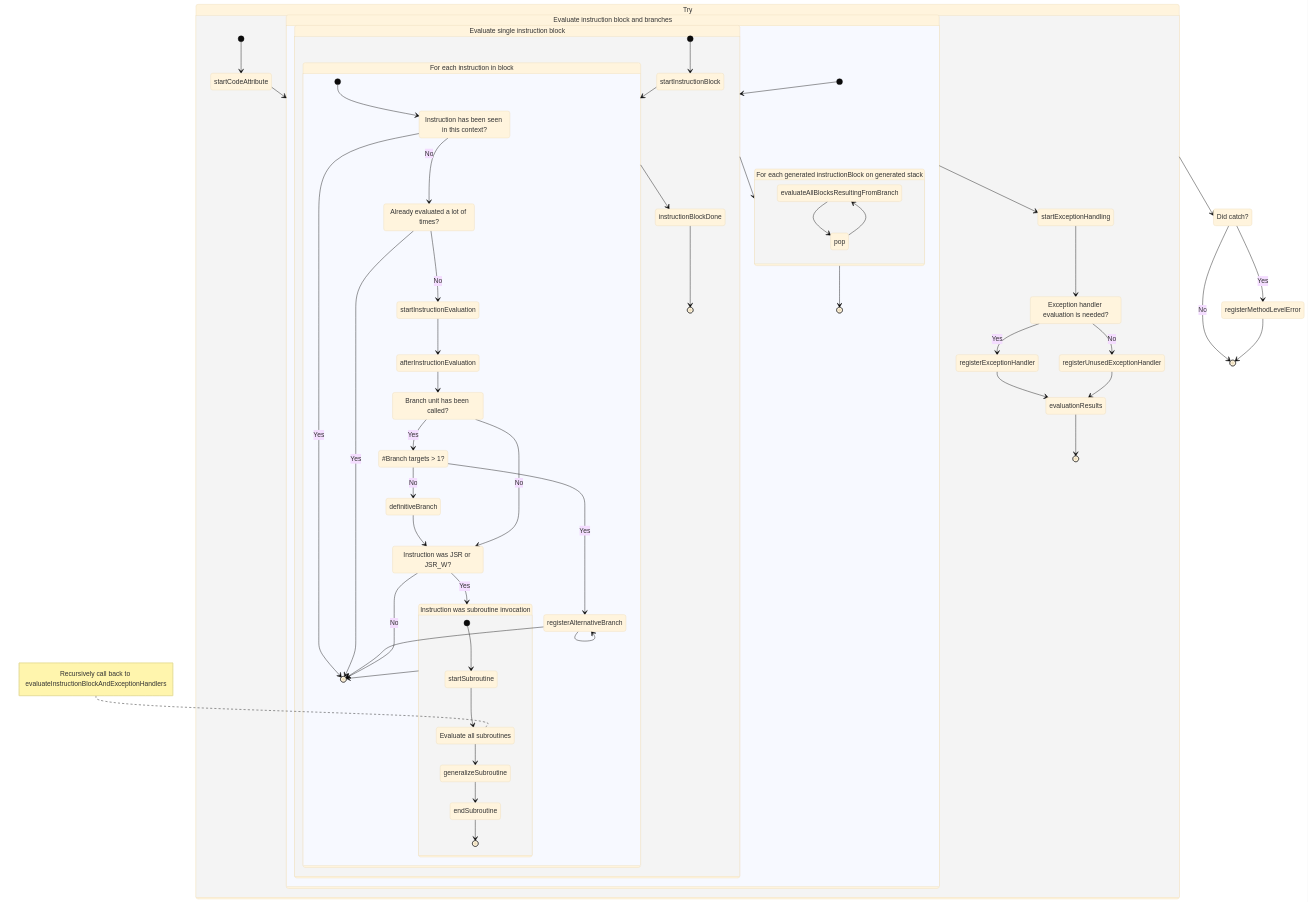
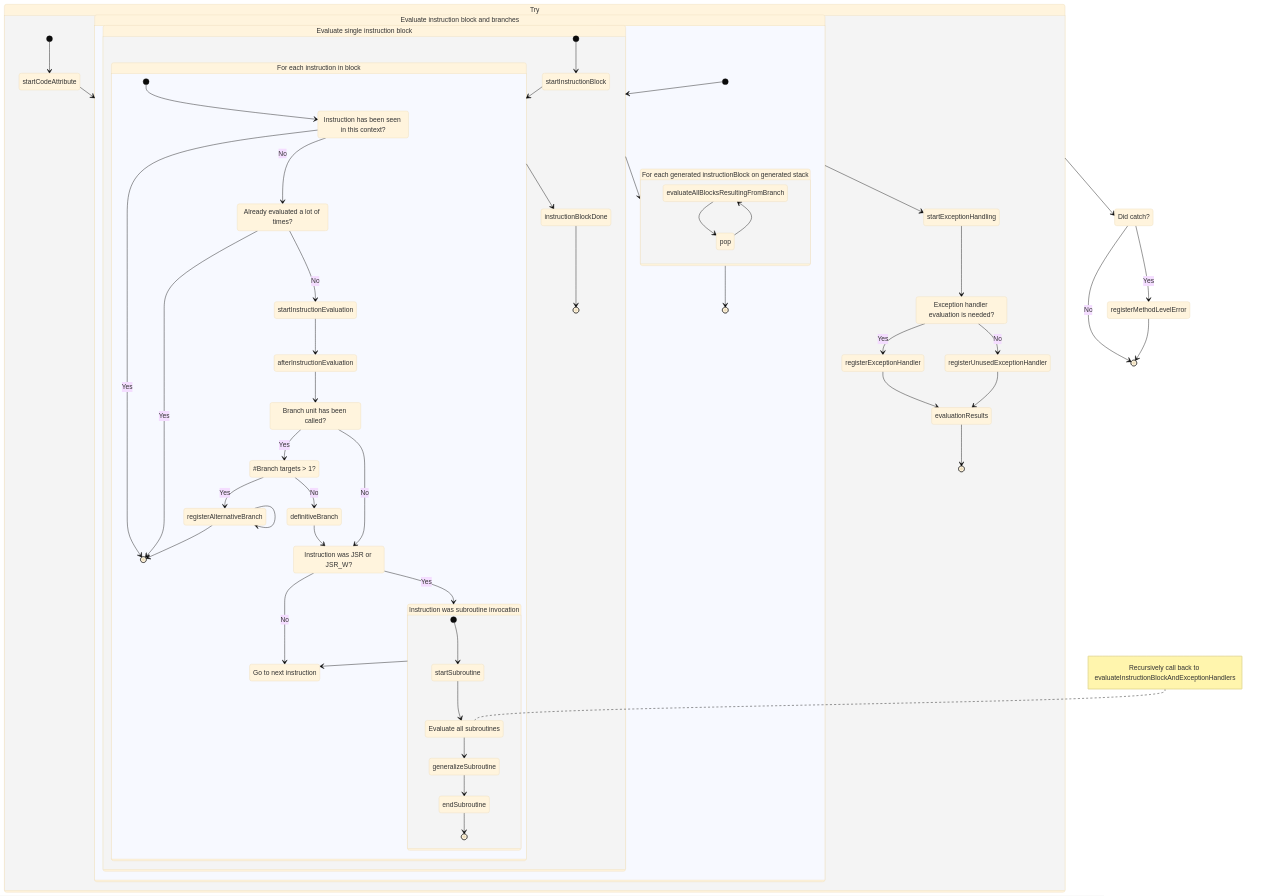
One commit to Guardsquare/proguard-core changed the diagram in docs/md/partialevaluator.md. Above: the diagram before and after it, drawn with Mermaid (base theme). The commit also changed 1 other file, not shown here.

Commit message:
docs: change graph some more

````diff
--- a/docs/md/partialevaluator.md
+++ b/docs/md/partialevaluator.md
@@ -517,76 +517,77 @@
 ```mermaid
 %% [Mermaid Diagramming and charting tool](https://mermaid.js.org/)
 stateDiagram-v2
     L0: Try
     state L0 {
         L1: Evaluate instruction block and branches
         [*] --> startCodeAttribute
         startCodeAttribute --> L1
         state L1 {
             L2: Evaluate single instruction block
             [*] --> L2
             state L2 {
                 L3: For each instruction in block
                 [*] --> startInstructionBlock
                 startInstructionBlock --> L3
                 state L3 {
                     BR1: Instruction has been seen in this context?
                     [*] --> BR1
                     BR1 --> [*] : Yes
                     BR2: Already evaluated a lot of times?
                     BR1 --> BR2: No
                     BR2 --> startInstructionEvaluation: No
                     BR2 --> [*]: Yes
                     startInstructionEvaluation --> afterInstructionEvaluation
                     BR3: Branch unit has been called?
                     afterInstructionEvaluation --> BR3
                     BR3 --> BR5 : Yes
                     BR5: #Branch targets > 1?
                     BR5 --> definitiveBranch: No
                     BR5 --> registerAlternativeBranch: Yes
                     registerAlternativeBranch --> registerAlternativeBranch
                     registerAlternativeBranch --> [*]
                     definitiveBranch --> BR6
                     BR6: Instruction was JSR or JSR_W?
                     BR3 --> BR6 : No
-                    BR6 --> [*]: No
+                    Repeat: Go to next instruction
+                    BR6 --> Repeat: No
                     L5: Instruction was subroutine invocation
                     BR6 --> L5: Yes
                     state L5 {
                         [*] --> startSubroutine
                         recursion1: Evaluate all subroutines
                         startSubroutine --> recursion1
                         note left of recursion1: Recursively call back to evaluateInstructionBlockAndExceptionHandlers
                         recursion1 --> generalizeSubroutine
                         generalizeSubroutine --> endSubroutine
                         endSubroutine --> [*]
                     }
-                    L5 --> [*]
+                    L5 --> Repeat
 
                 }
                 L3 --> instructionBlockDone
                 instructionBlockDone --> [*]
             }
             L6: For each generated instructionBlock on generated stack
             L2 --> L6
             state L6 {
                 evaluateAllBlocksResultingFromBranch --> pop
                 pop --> evaluateAllBlocksResultingFromBranch
             }
             L6 --> [*]
         }
         L1 --> startExceptionHandling
         BR7: Exception handler evaluation is needed?
         startExceptionHandling --> BR7
         BR7 --> registerExceptionHandler: Yes
         BR7 --> registerUnusedExceptionHandler: No
         registerExceptionHandler --> evaluationResults
         registerUnusedExceptionHandler --> evaluationResults
         evaluationResults --> [*]
     }
     catch: Did catch?
     L0 --> catch
     catch -->  [*]: No
     catch --> registerMethodLevelError: Yes
     registerMethodLevelError --> [*]
 ```
````
